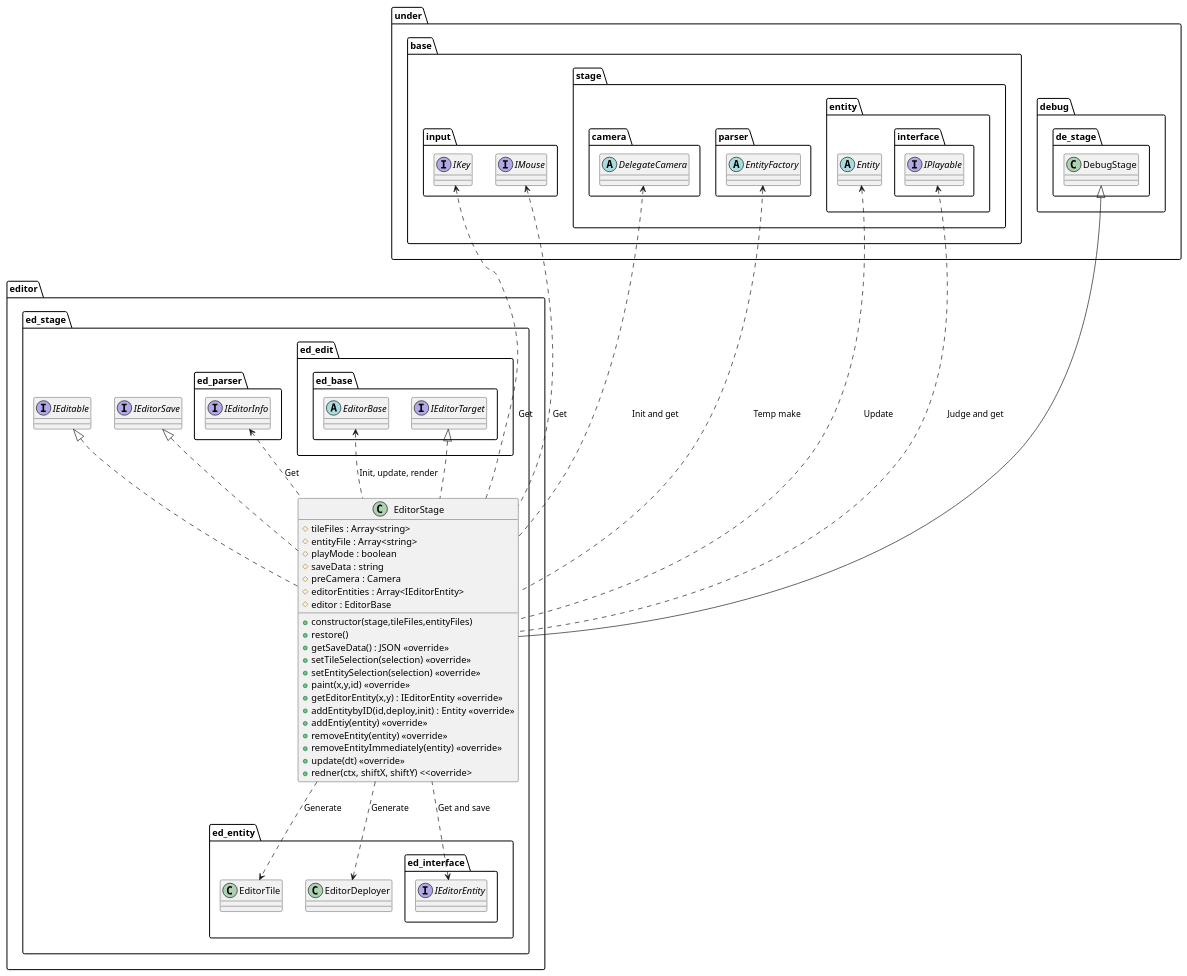
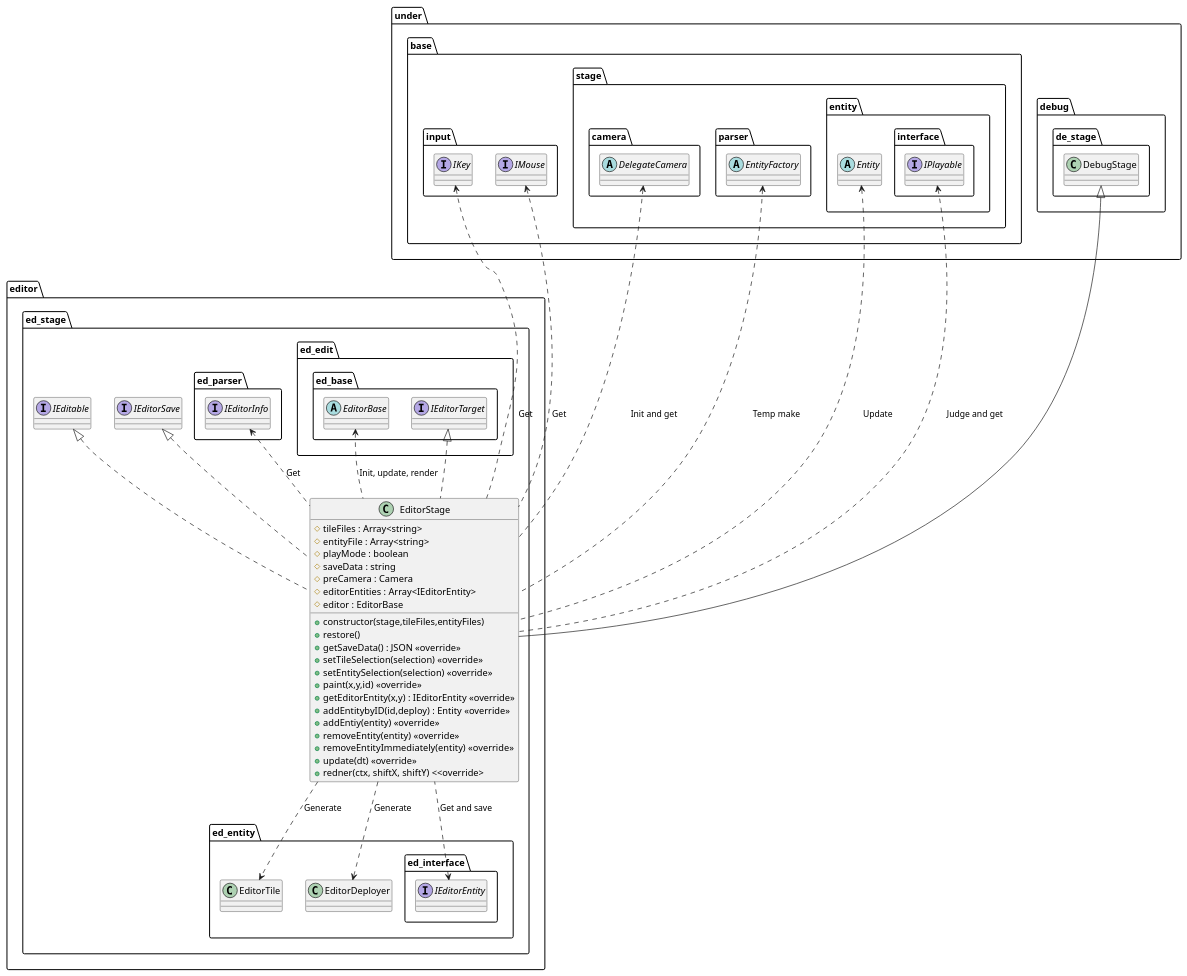
One commit to Expine/Under changed the diagram in uml/editor/Stage.wsd. Above: the diagram before and after it, drawn with PlantUML. The commit also changed 58 other files, not shown here.

```diff
--- a/uml/editor/Stage.wsd
+++ b/uml/editor/Stage.wsd
@@ -1,98 +1,98 @@
 @startuml EditorStage
 
 package editor {
     package ed_stage {
         class EditorStage {
             +constructor(stage,tileFiles,entityFiles)
             #tileFiles : Array<string>
             #entityFile : Array<string>
             #playMode : boolean
             #saveData : string
             #preCamera : Camera
             #editorEntities : Array<IEditorEntity>
             #editor : EditorBase
             +restore()
             +getSaveData() : JSON <<override>>
             +setTileSelection(selection) <<override>>
             +setEntitySelection(selection) <<override>>
             +paint(x,y,id) <<override>>
             +getEditorEntity(x,y) : IEditorEntity <<override>>
-            +addEntitybyID(id,deploy,init) : Entity <<override>>
+            +addEntitybyID(id,deploy) : Entity <<override>>
             +addEntiy(entity) <<override>>
             +removeEntity(entity) <<override>>
             +removeEntityImmediately(entity) <<override>>
             +update(dt) <<override>>
             +redner(ctx, shiftX, shiftY) <<override>
         }
     }
 }
 
 package under {
     package base {
         package input {
             interface IKey
             interface IMouse
         }
         package stage {
             package camera {
                 abstract DelegateCamera
             }
             package parser {
                 abstract EntityFactory
             }
             package entity {
                 package interface {
                     interface IPlayable
                 }
                 abstract Entity
             }
         }
     }
     package debug {
         package de_stage {
             class DebugStage
         }
     }
 }
 
 package editor {
     package ed_stage {
         interface IEditorSave
         interface IEditable
         package ed_edit {
             package ed_base {
                 abstract EditorBase
                 interface IEditorTarget
             }
         }
         package ed_parser {
             interface IEditorInfo
         }
         package ed_entity {
             class EditorTile
             class EditorDeployer
             package ed_interface {
                 interface IEditorEntity
             }
         }
     }
 }
 
 IEditorEntity <.. EditorStage : Get and save
 EditorBase <.. EditorStage : Init, update, render
 IEditorInfo <.. EditorStage : Get
 EntityFactory <... EditorStage : Temp make
 EditorStage ..> EditorTile : Generate
 EditorStage ..> EditorDeployer : Generate
 Entity <... EditorStage : Update
 IKey <... EditorStage : Get
 IMouse <... EditorStage : Get
 IPlayable <... EditorStage : Judge and get
 DelegateCamera <... EditorStage : Init and get
 
 DebugStage <|-- EditorStage
 IEditorSave <|.. EditorStage
 IEditable <|.. EditorStage
 IEditorTarget <|.. EditorStage
 
 @enduml
```
